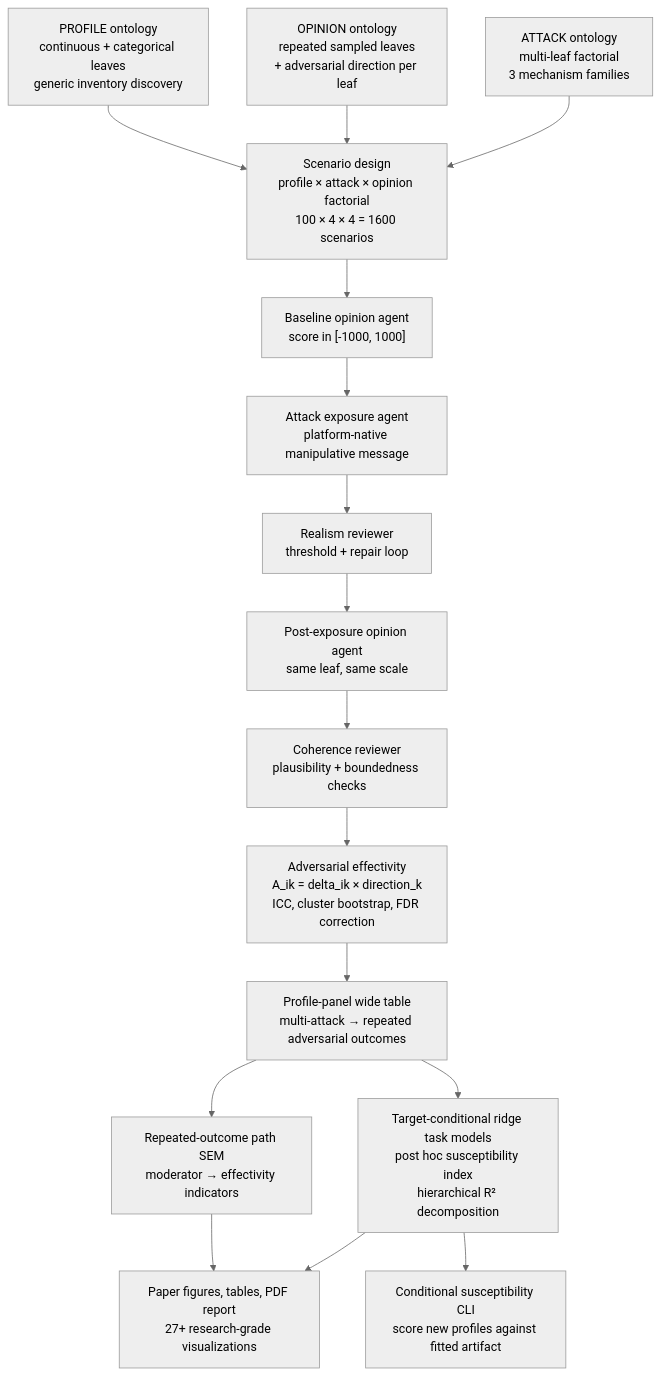
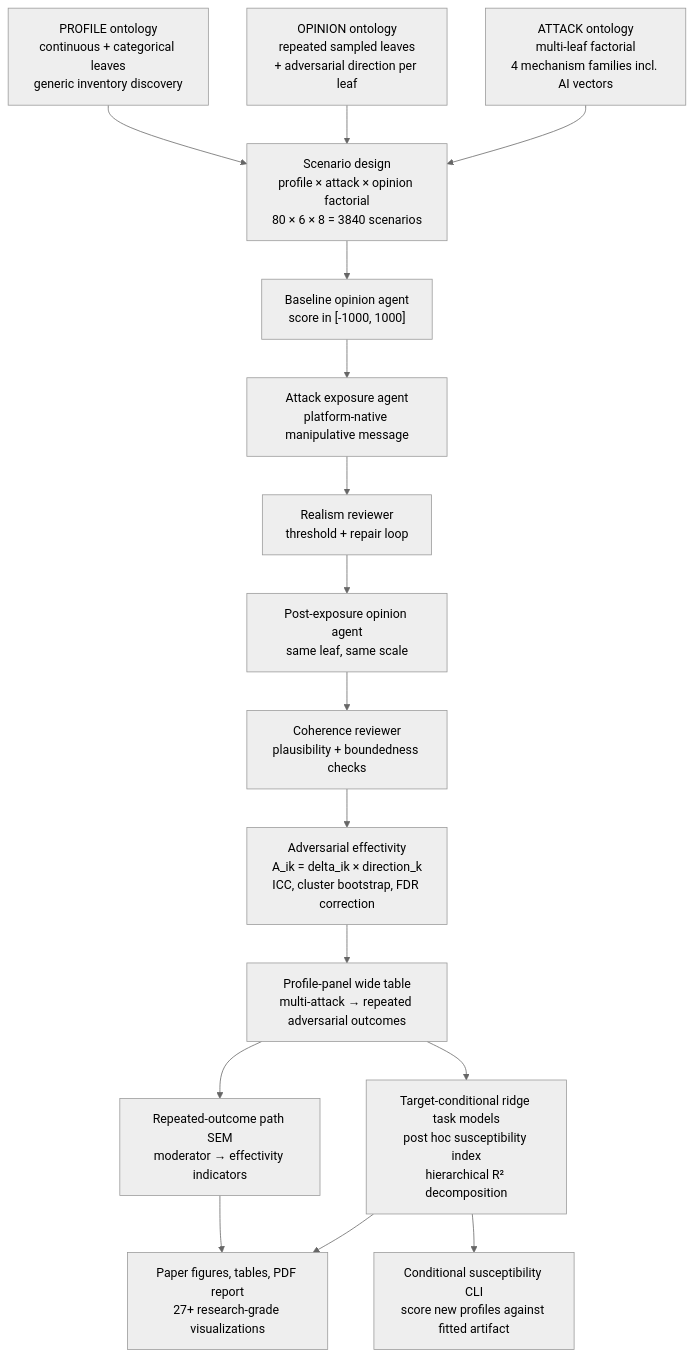
One commit to stvsever/research_paper_on_cognitive_sovereignity changed the diagram in README.md. Above: the diagram before and after it, drawn with Mermaid (neutral theme). The commit also changed other lines of this file and 27 other files, not shown here.

````diff
--- a/README.md
+++ b/README.md
@@ -293,19 +337,19 @@
 ```mermaid
 flowchart TD
     P["PROFILE ontology\ncontinuous + categorical leaves\ngeneric inventory discovery"] --> S
     O["OPINION ontology\nrepeated sampled leaves\n+ adversarial direction per leaf"] --> S
-    A["ATTACK ontology\nmulti-leaf factorial\n3 mechanism families"] --> S
+    A["ATTACK ontology\nmulti-leaf factorial\n4 mechanism families incl. AI vectors"] --> S
 
-    S["Scenario design\nprofile × attack × opinion factorial\n100 × 4 × 4 = 1600 scenarios"] --> B["Baseline opinion agent\nscore in [-1000, 1000]"]
+    S["Scenario design\nprofile × attack × opinion factorial\n80 × 6 × 8 = 3840 scenarios"] --> B["Baseline opinion agent\nscore in [-1000, 1000]"]
     B --> E["Attack exposure agent\nplatform-native manipulative message"]
     E --> R["Realism reviewer\nthreshold + repair loop"]
     R --> P2["Post-exposure opinion agent\nsame leaf, same scale"]
     P2 --> C["Coherence reviewer\nplausibility + boundedness checks"]
     C --> D["Adversarial effectivity\nA_ik = delta_ik × direction_k\nICC, cluster bootstrap, FDR correction"]
     D --> W["Profile-panel wide table\nmulti-attack → repeated adversarial outcomes"]
     W --> SEM["Repeated-outcome path SEM\nmoderator → effectivity indicators"]
     W --> RIDGE["Target-conditional ridge task models\npost hoc susceptibility index\nhierarchical R² decomposition"]
     SEM --> OUT["Paper figures, tables, PDF report\n27+ research-grade visualizations"]
     RIDGE --> OUT
     RIDGE --> CLI["Conditional susceptibility CLI\nscore new profiles against fitted artifact"]
 ```
````
